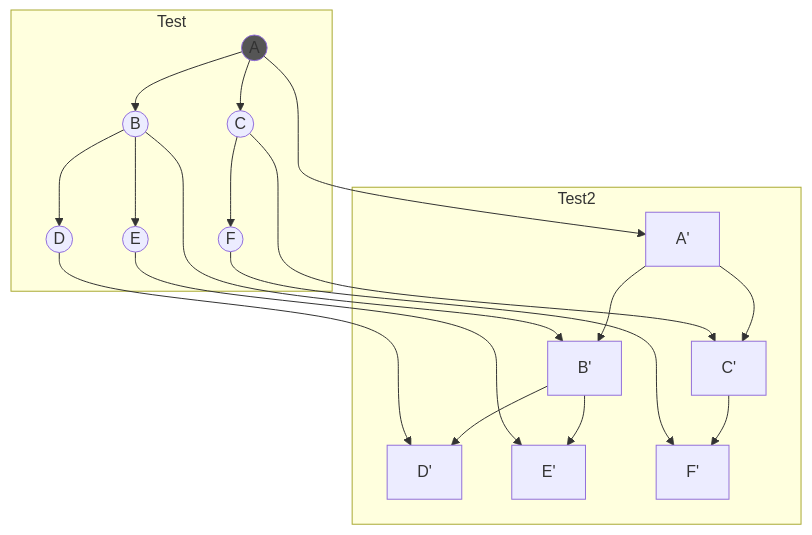
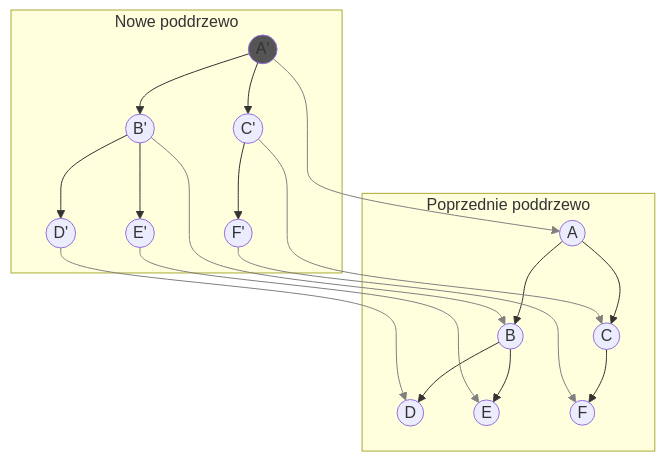
The seventh of 7 diagrams in README.md (j-piasecki/methodical-js), drawn with Mermaid before and after one commit. The commit also changed other lines of this file, not shown here.

Commit message:
Update rebuild

````diff
--- a/README.md
+++ b/README.md
@@ -401,34 +388,41 @@
 ```mermaid
 graph TD
     A((A))
     B((B))
     C((C))
     D((D))
     E((E))
     F((F))
+    A'((A'))
+    B'((B'))
+    C'((C'))
+    D'((D'))
+    E'((E'))
+    F'((F'))
 
-subgraph Test
+subgraph Poprzednie poddrzewo
     A --> B
     A --> C
     B --> D
     B --> E
     C --> F
     end
 
-subgraph Test2
+subgraph Nowe poddrzewo
     A' --> B'
     A' --> C'
     B' --> D'
     B' --> E'
     C' --> F'
 end
 
-  A ---> A'
-  B ---> B'
-  C ---> C'
-  D ---> D'
-  E ---> E'
-  F ---> F'
+  A' ---> A
+  B' ---> B
+  C' ---> C
+  D' ---> D
+  E' ---> E
+  F' ---> F
 
-    style A fill:#555
+  style A' fill:#555
+  linkStyle 10,11,12,13,14,15 stroke:gray;
 ```
````
